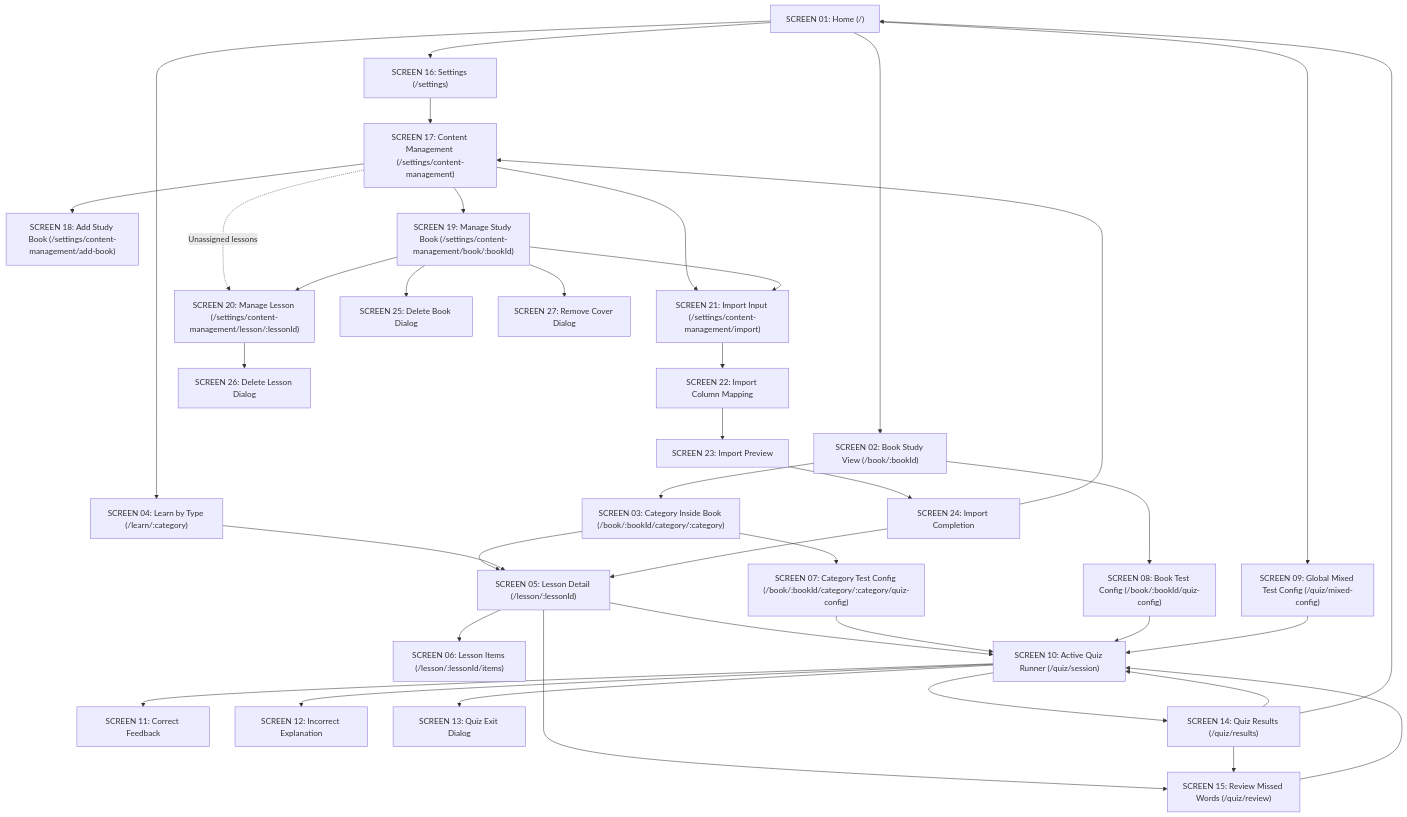
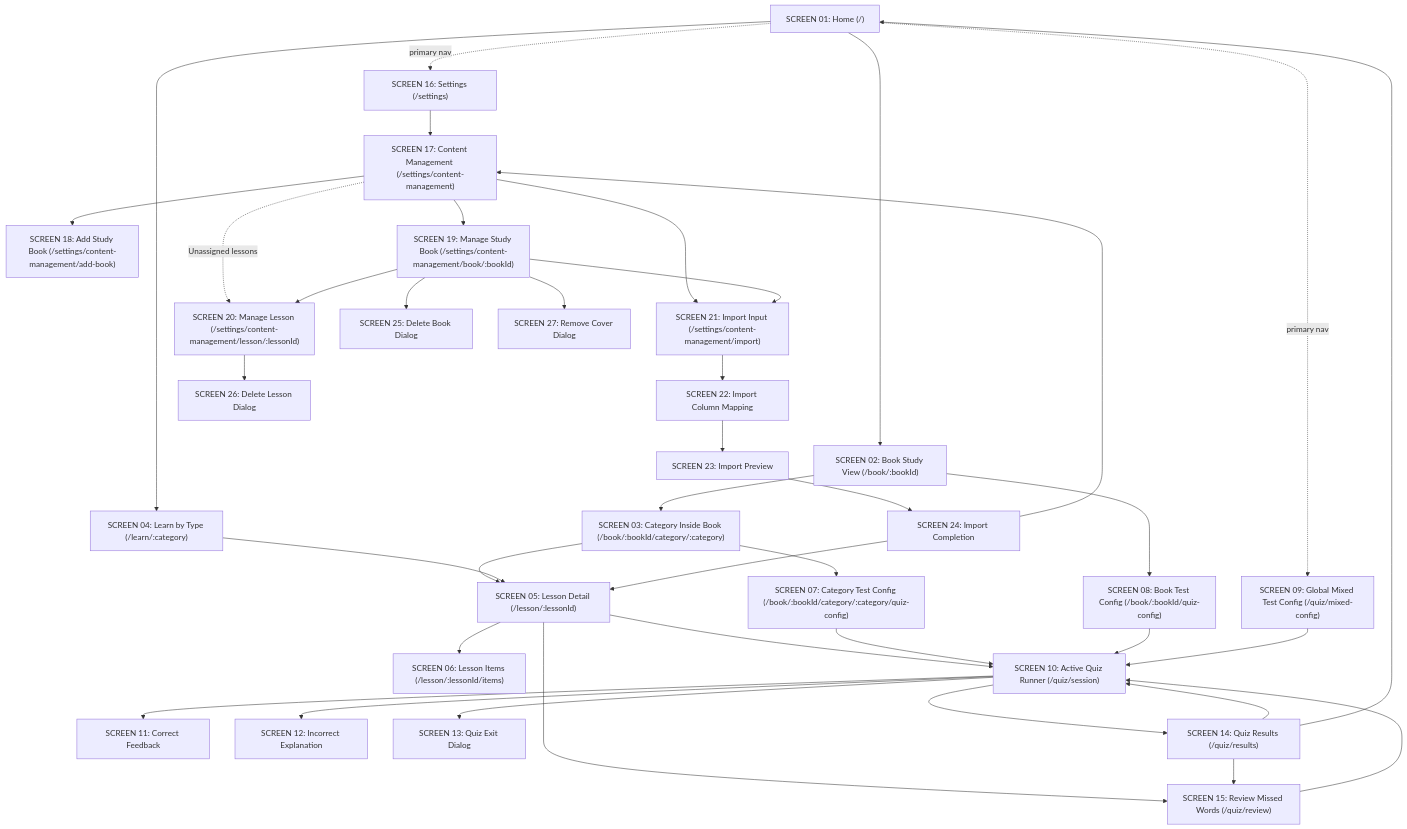
Before and after one commit to SCuong/Tango: the diagram in docs/SCREEN_SPEC.md, drawn with Mermaid. The commit also changed other lines of this file and 19 other files, not shown here.

Commit message:
feat(nav): add mobile primary bottom navigation

```diff
--- a/docs/SCREEN_SPEC.md
+++ b/docs/SCREEN_SPEC.md
@@ -104,8 +106,8 @@
 
     Home --> BookStudy
     Home --> LearnByType
-    Home --> MixedQuizCfg
-    Home --> Settings
+    Home -.->|primary nav| MixedQuizCfg
+    Home -.->|primary nav| Settings
 
     BookStudy --> CatInsideBook
     BookStudy --> BookQuizCfg
```
